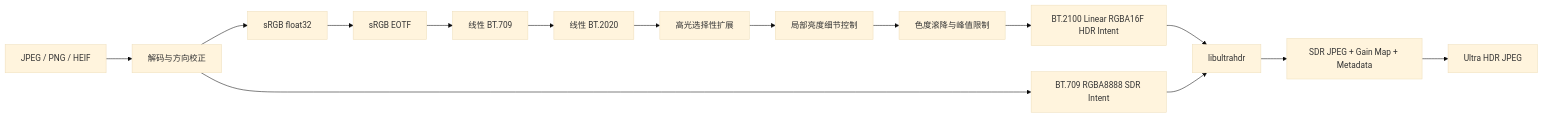
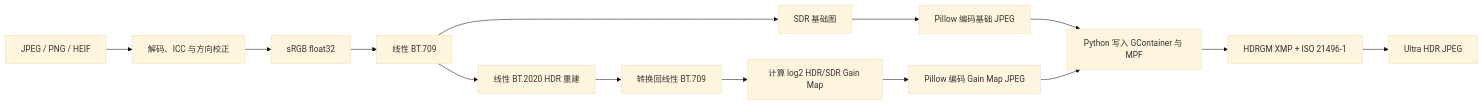
One commit to E3N-glotm/HDRfy changed the diagram in README.md. Above: the diagram before and after it, drawn with Mermaid (base theme). The commit also changed other lines of this file, not shown here.

Commit message:
Document compiler-free pure Python Ultra HDR workflow

````diff
--- a/README.md
+++ b/README.md
@@ -272,17 +169,16 @@
 ```mermaid
 flowchart LR
-    A[JPEG / PNG / HEIF] --> B[解码与方向校正]
+    A[JPEG / PNG / HEIF] --> B[解码、ICC 与方向校正]
     B --> C[sRGB float32]
-    C --> D[sRGB EOTF]
-    D --> E[线性 BT.709]
-    E --> F[线性 BT.2020]
-    F --> G[高光选择性扩展]
-    G --> H[局部亮度细节控制]
-    H --> I[色度滚降与峰值限制]
-    I --> J[BT.2100 Linear RGBA16F HDR Intent]
-    B --> K[BT.709 RGBA8888 SDR Intent]
-    J --> L[libultrahdr]
-    K --> L
-    L --> M[SDR JPEG + Gain Map + Metadata]
-    M --> N[Ultra HDR JPEG]
+    C --> D[线性 BT.709]
+    D --> E[线性 BT.2020 HDR 重建]
+    E --> F[转换回线性 BT.709]
+    D --> G[SDR 基础图]
+    F --> H[计算 log2 HDR/SDR Gain Map]
+    G --> I[Pillow 编码基础 JPEG]
+    H --> J[Pillow 编码 Gain Map JPEG]
+    I --> K[Python 写入 GContainer 与 MPF]
+    J --> K
+    K --> L[HDRGM XMP + ISO 21496-1]
+    L --> M[Ultra HDR JPEG]
 ```
````
